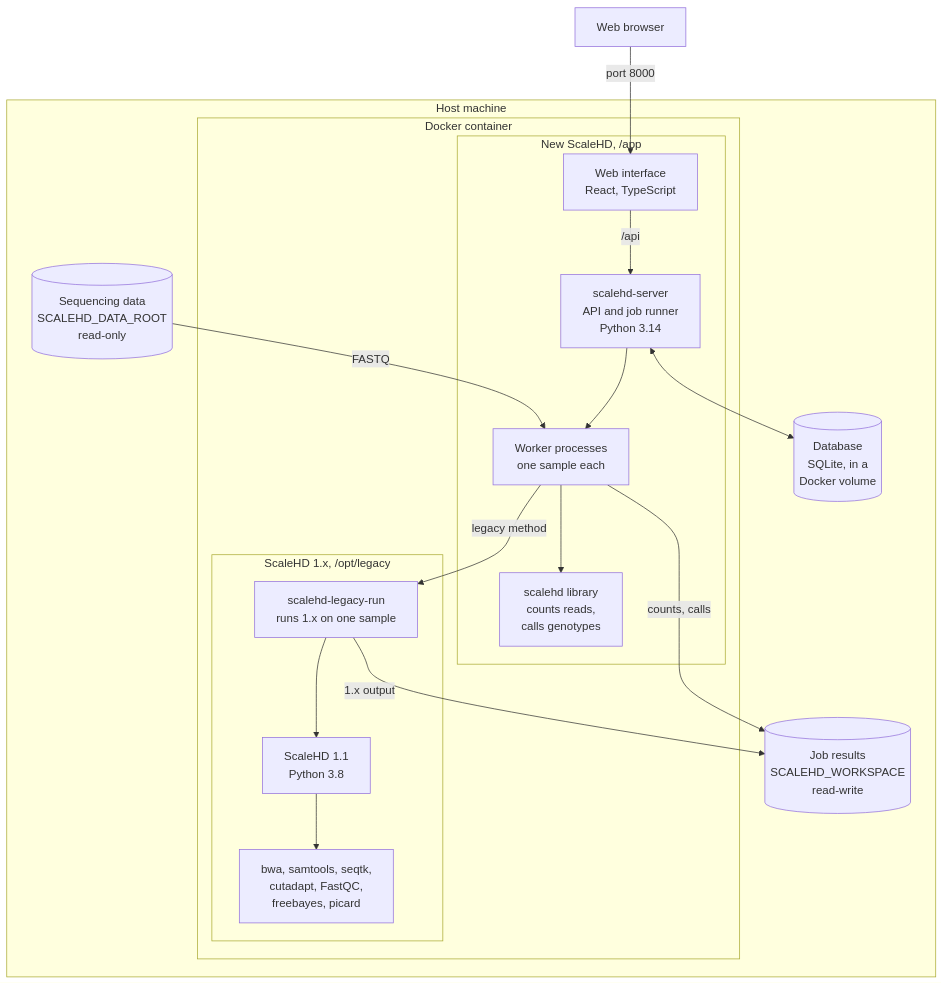
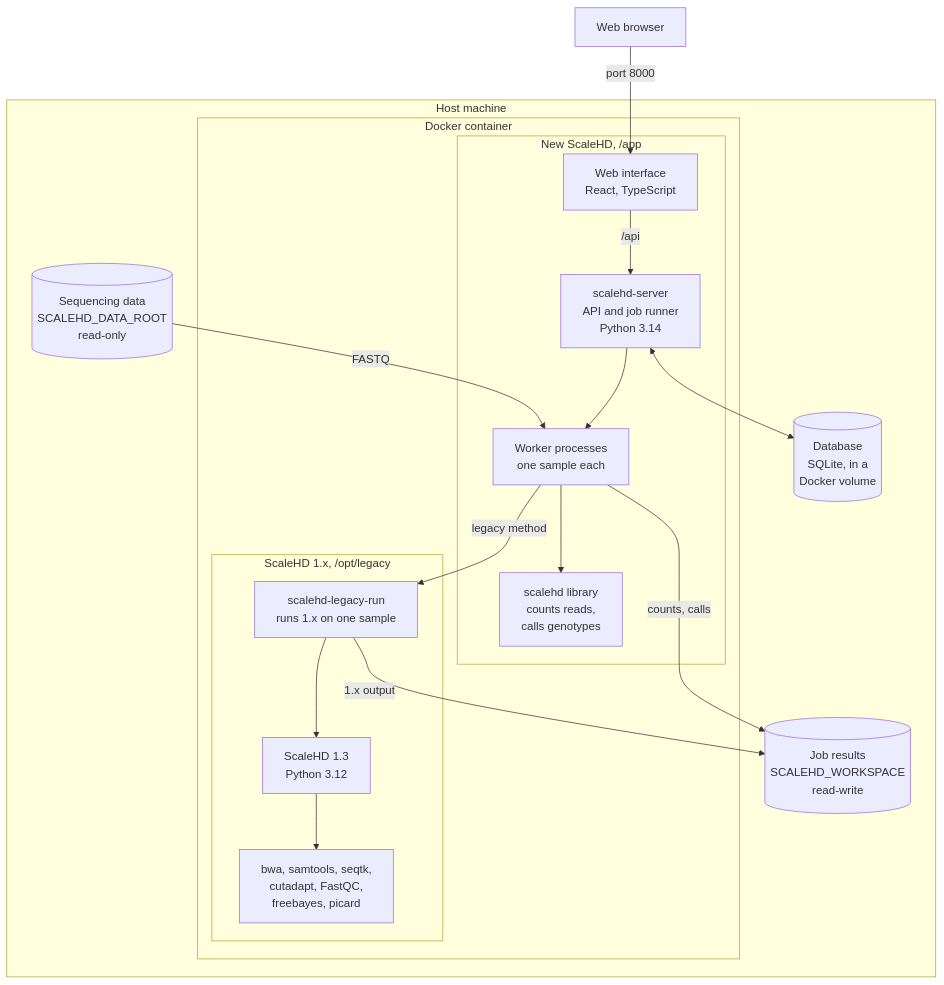
Before and after one commit to helloabunai/ScaleHD: the diagram in README.md, drawn with Mermaid. The commit also changed 32 other files, not shown here.

````diff
--- a/README.md
+++ b/README.md
@@ -22,37 +22,37 @@
 ```mermaid
 flowchart TB
     browser["Web browser"]
 
     subgraph host["Host machine"]
         data[("Sequencing data<br/>SCALEHD_DATA_ROOT<br/>read-only")]
         workspace[("Job results<br/>SCALEHD_WORKSPACE<br/>read-write")]
         volume[("Database<br/>SQLite, in a<br/>Docker volume")]
 
         subgraph container["Docker container"]
             subgraph app["New ScaleHD, /app"]
                 web["Web interface<br/>React, TypeScript"]
                 server["scalehd-server<br/>API and job runner<br/>Python 3.14"]
                 workers["Worker processes<br/>one sample each"]
                 core["scalehd library<br/>counts reads,<br/>calls genotypes"]
             end
 
             subgraph legacy["ScaleHD 1.x, /opt/legacy"]
                 runner["scalehd-legacy-run<br/>runs 1.x on one sample"]
-                old["ScaleHD 1.1<br/>Python 3.8"]
+                old["ScaleHD 1.3<br/>Python 3.12"]
                 tools["bwa, samtools, seqtk,<br/>cutadapt, FastQC,<br/>freebayes, picard"]
             end
         end
     end
 
     browser -->|"port 8000"| web
     web -->|"/api"| server
     server <--> volume
     server --> workers
     workers --> core
     workers -->|"legacy method"| runner
     runner --> old
     old --> tools
     data -->|"FASTQ"| workers
     workers -->|"counts, calls"| workspace
     runner -->|"1.x output"| workspace
 ```
````
